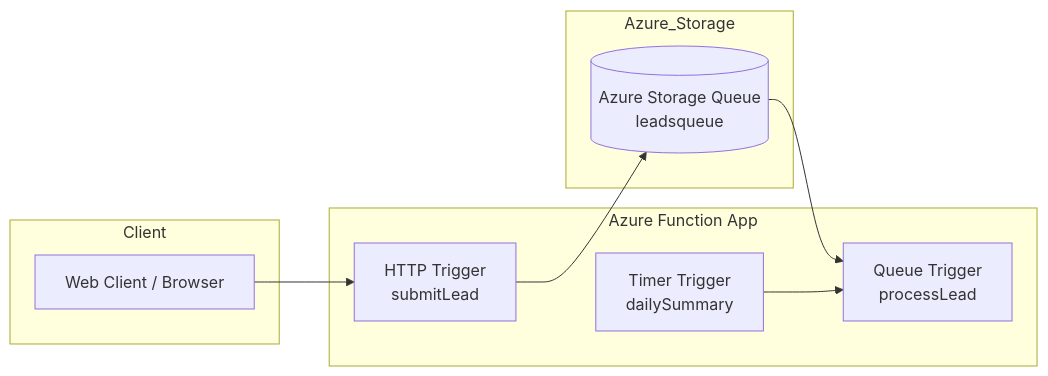
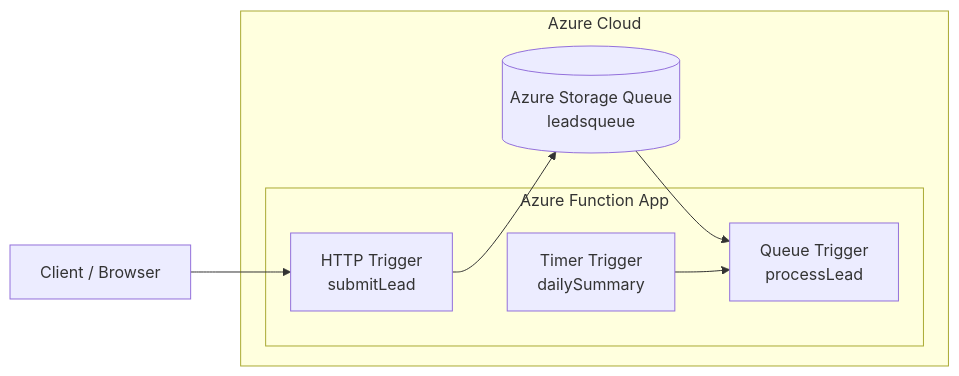
The diagram in README.md (donaldcarol/azure-functions-lead-processing-demo), drawn with Mermaid before and after one commit.

````diff
--- a/README.md
+++ b/README.md
@@ -18,22 +18,20 @@
 ```mermaid
 flowchart LR
 
-subgraph Client
-A[Web Client / Browser]
+User["Client / Browser"]
+
+subgraph Azure["Azure Cloud"]
+    subgraph Functions["Azure Function App"]
+        HTTP["HTTP Trigger\nsubmitLead"]
+        Worker["Queue Trigger\nprocessLead"]
+        Timer["Timer Trigger\ndailySummary"]
+    end
+
+    Storage[(Azure Storage Queue\nleadsqueue)]
 end
 
-subgraph Azure_Function_App["Azure Function App"]
-B[HTTP Trigger\nsubmitLead]
-D[Queue Trigger\nprocessLead]
-E[Timer Trigger\ndailySummary]
-end
-
-subgraph Azure_Storage
-C[(Azure Storage Queue\nleadsqueue)]
-end
-
-A --> B
-B --> C
-C --> D
-E --> D
+User --> HTTP
+HTTP --> Storage
+Storage --> Worker
+Timer --> Worker
 ```
````
